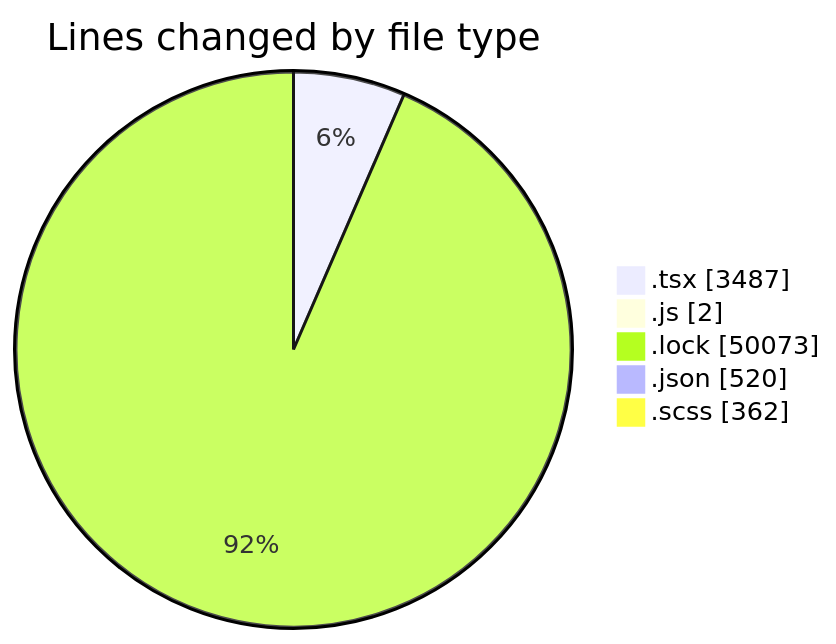
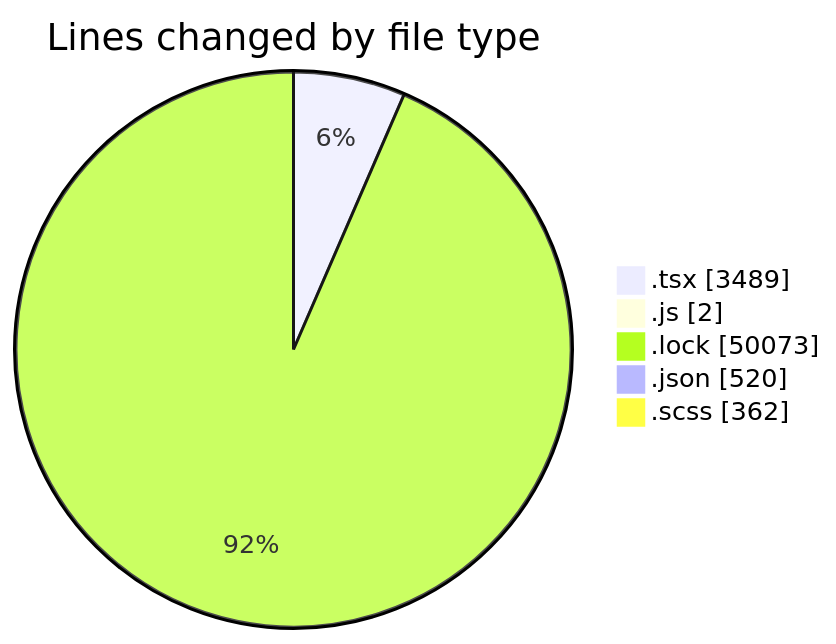
One commit to momahboobian/code-tracking changed the first of 2 diagrams in 2026-05-15/cda/README.md. Above: the diagram before and after it, drawn with Mermaid. The commit also changed other lines of this file and 1 other file, not shown here.

````diff
--- a/2026-05-15/cda/README.md
+++ b/2026-05-15/cda/README.md
@@ -47,9 +47,9 @@
 ```mermaid
 pie showData
 title Lines changed by file type
-".tsx" : 3487
+".tsx" : 3489
 ".js" : 2
 ".lock" : 50073
 ".json" : 520
 ".scss" : 362
 ```
````
